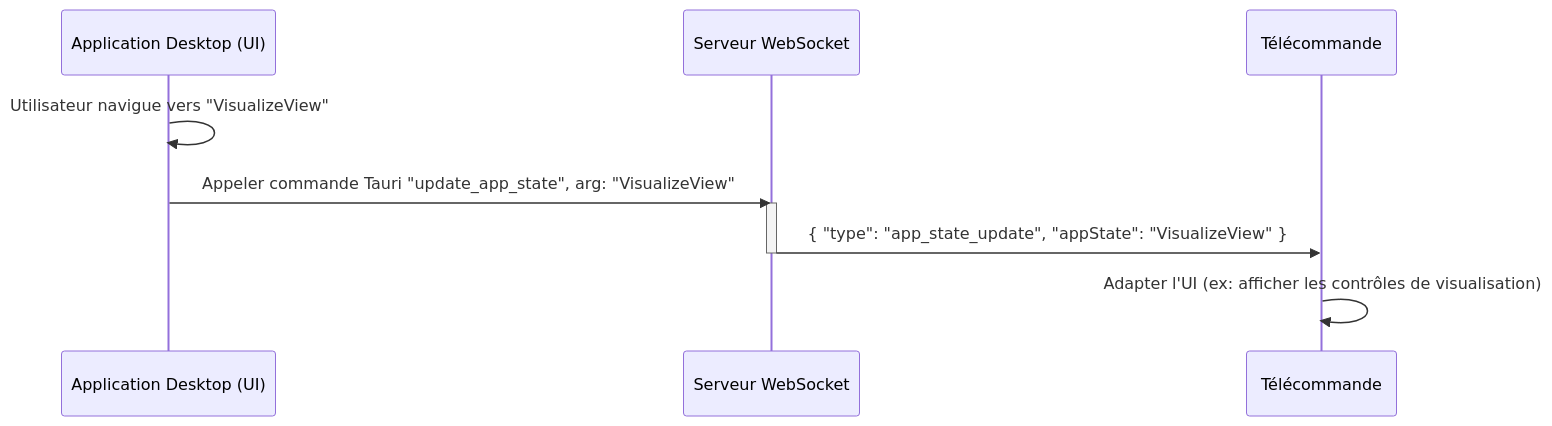
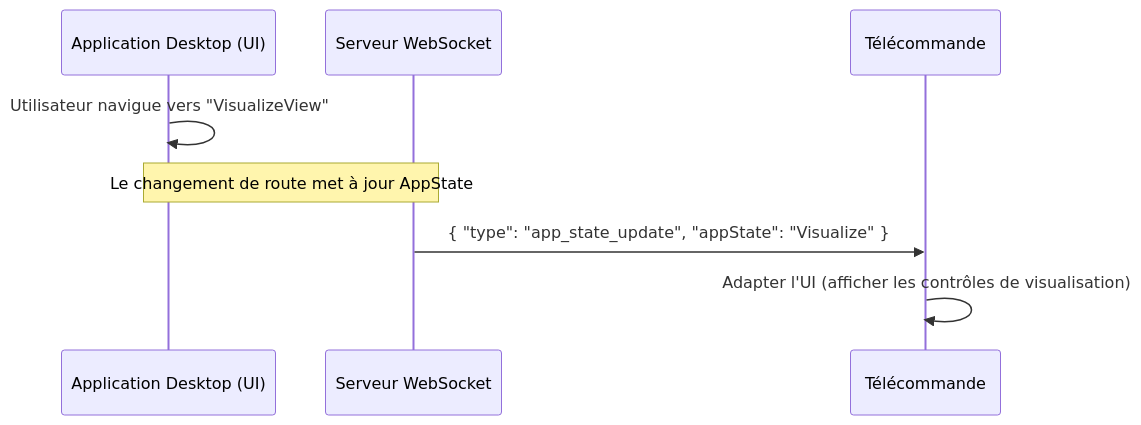
One commit to JMBaubet/VisuGPS changed the eighth of 8 diagrams in documentation/remote_interface_spec.md. Above: the diagram before and after it, drawn with Mermaid. The commit also changed other lines of this file and 1 other file, not shown here.

Commit message:
Mise a jour de la documentation

````diff
--- a/documentation/remote_interface_spec.md
+++ b/documentation/remote_interface_spec.md
@@ -168,13 +200,11 @@
 ```mermaid
 sequenceDiagram
     participant DesktopUI as Application Desktop (UI)
     participant Server as Serveur WebSocket
     participant Client as Télécommande
 
     DesktopUI->>DesktopUI: Utilisateur navigue vers "VisualizeView"
-    DesktopUI->>Server: Appeler commande Tauri "update_app_state", arg: "VisualizeView"
-    activate Server
-    Server->>Client: { "type": "app_state_update", "appState": "VisualizeView" }
-    deactivate Server
-    Client->>Client: Adapter l'UI (ex: afficher les contrôles de visualisation)
+    Note over DesktopUI, Server: Le changement de route met à jour AppState
+    Server->>Client: { "type": "app_state_update", "appState": "Visualize" }
+    Client->>Client: Adapter l'UI (afficher les contrôles de visualisation)
 ```
````
